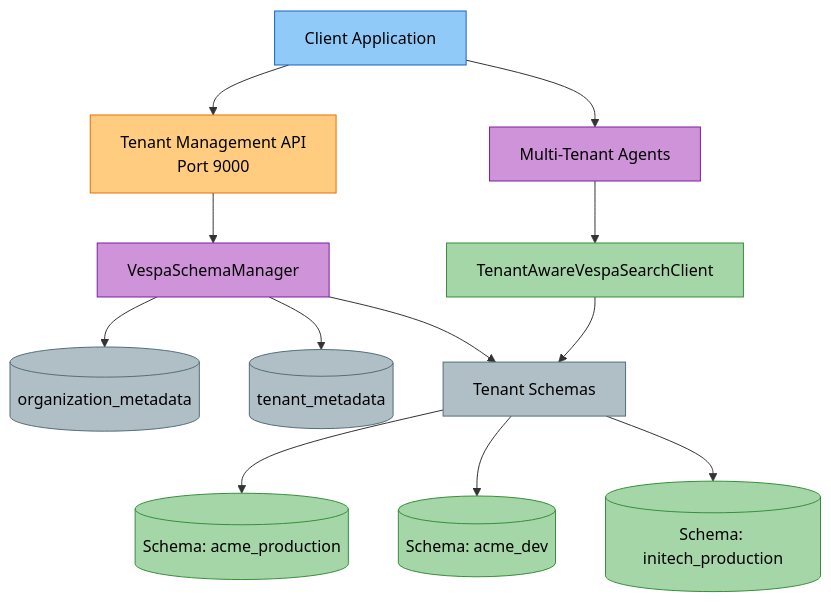
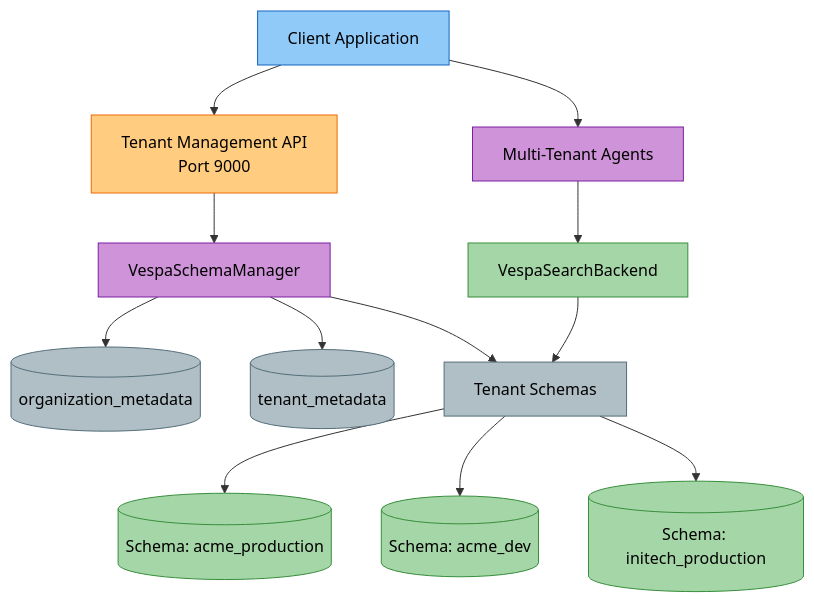
One commit to amit-jain/cogniverse changed the first of 5 diagrams in docs/operations/multi-tenant-management.md. Above: the diagram before and after it, drawn with Mermaid. The commit also changed other lines of this file and 12 other files, not shown here.

Commit message:
Remove dead Vespa search client and .sd schema-parsing code

````diff
--- a/docs/operations/multi-tenant-management.md
+++ b/docs/operations/multi-tenant-management.md
@@ -20,32 +20,32 @@
 ```mermaid
 flowchart TB
     Client["<span style='color:#000'>Client Application</span>"]
 
     Client --> TenantAPI["<span style='color:#000'>Tenant Management API<br/>Port 9000</span>"]
     Client --> Agents["<span style='color:#000'>Multi-Tenant Agents</span>"]
 
     TenantAPI --> TenantMgr["<span style='color:#000'>VespaSchemaManager</span>"]
-    Agents --> TenantSearch["<span style='color:#000'>TenantAwareVespaSearchClient</span>"]
+    Agents --> TenantSearch["<span style='color:#000'>VespaSearchBackend</span>"]
 
     TenantMgr --> OrgMeta[("<span style='color:#000'>organization_metadata</span>")]
     TenantMgr --> TenantMeta[("<span style='color:#000'>tenant_metadata</span>")]
     TenantMgr --> Schemas["<span style='color:#000'>Tenant Schemas</span>"]
 
     TenantSearch --> Schemas
 
     Schemas --> AcmeProd[("<span style='color:#000'>Schema: acme_production</span>")]
     Schemas --> AcmeDev[("<span style='color:#000'>Schema: acme_dev</span>")]
     Schemas --> InitechProd[("<span style='color:#000'>Schema: initech_production</span>")]
 
     style Client fill:#90caf9,stroke:#1565c0,color:#000
     style TenantAPI fill:#ffcc80,stroke:#ef6c00,color:#000
     style Agents fill:#ce93d8,stroke:#7b1fa2,color:#000
     style TenantMgr fill:#ce93d8,stroke:#7b1fa2,color:#000
     style TenantSearch fill:#a5d6a7,stroke:#388e3c,color:#000
     style OrgMeta fill:#b0bec5,stroke:#546e7a,color:#000
     style TenantMeta fill:#b0bec5,stroke:#546e7a,color:#000
     style Schemas fill:#b0bec5,stroke:#546e7a,color:#000
     style AcmeProd fill:#a5d6a7,stroke:#388e3c,color:#000
     style AcmeDev fill:#a5d6a7,stroke:#388e3c,color:#000
     style InitechProd fill:#a5d6a7,stroke:#388e3c,color:#000
 ```
````
